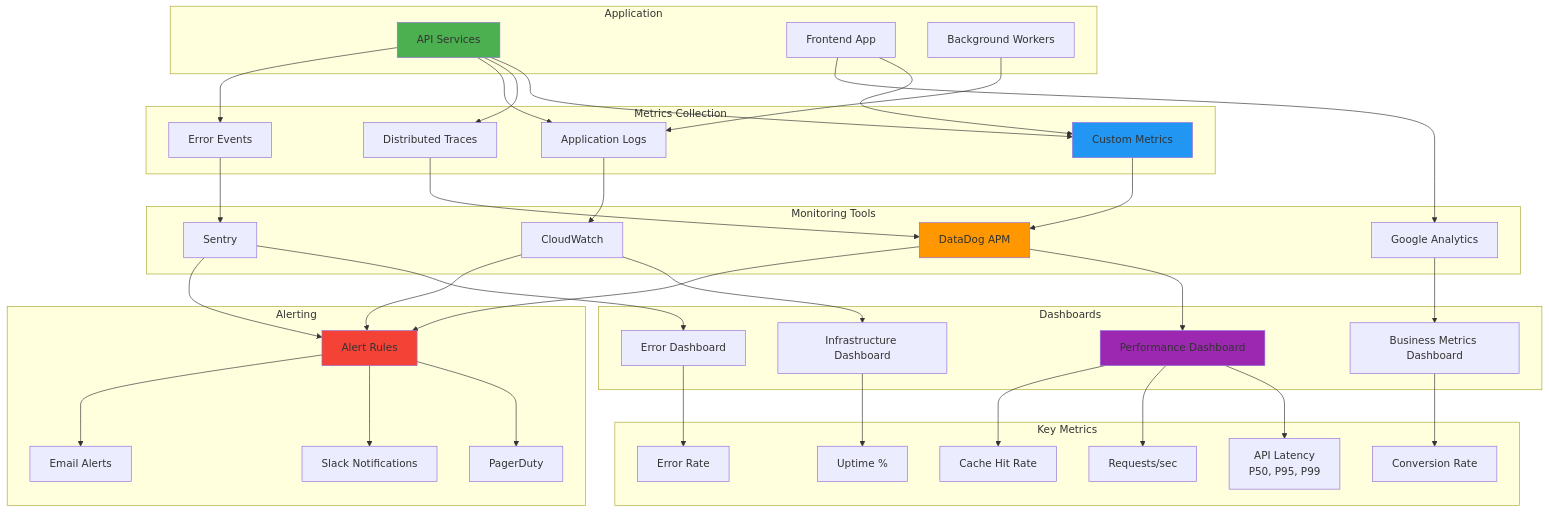
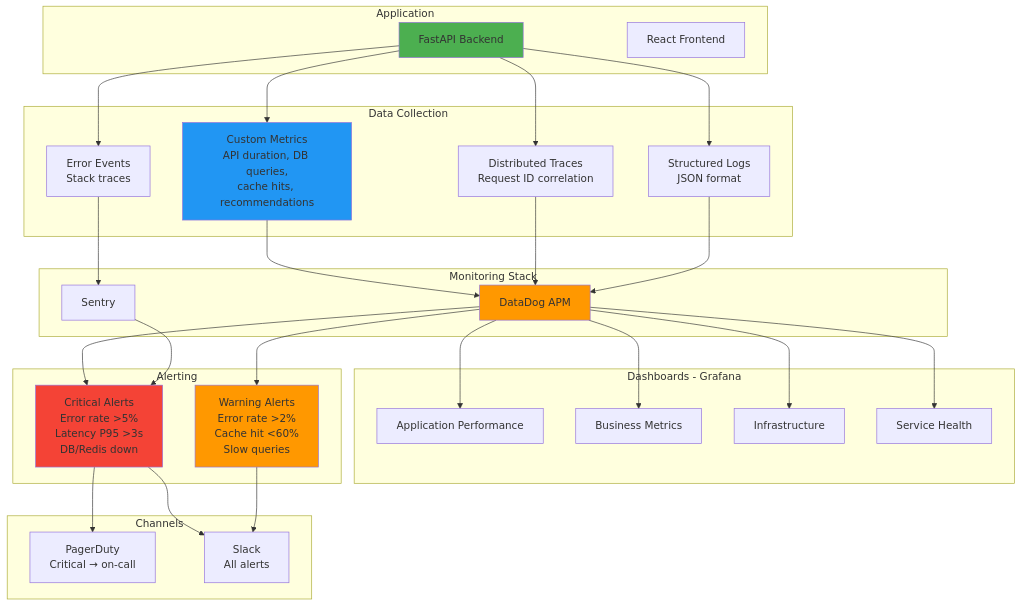
Before and after one commit to Rhoahndur/Treebeard: diagram 11 of 11 in architecture.md, drawn with Mermaid. The commit also changed other lines of this file, not shown here.

Commit message:
updated architecture doc

````diff
--- a/architecture.md
+++ b/architecture.md
@@ -708,84 +726,65 @@
 ```mermaid
 graph TB
     subgraph "Application"
-        API[API Services]
-        FRONTEND[Frontend App]
-        WORKERS[Background Workers]
+        API[FastAPI Backend]
+        FRONTEND[React Frontend]
     end
-    
-    subgraph "Metrics Collection"
-        METRICS[Custom Metrics]
-        TRACES[Distributed Traces]
-        LOGS[Application Logs]
-        ERRORS[Error Events]
+
+    subgraph "Data Collection"
+        METRICS[Custom Metrics<br/>API duration, DB queries,<br/>cache hits, recommendations]
+        TRACES[Distributed Traces<br/>Request ID correlation]
+        LOGS[Structured Logs<br/>JSON format]
+        ERRORS[Error Events<br/>Stack traces]
     end
-    
-    subgraph "Monitoring Tools"
+
+    subgraph "Monitoring Stack"
         APM[DataDog APM]
         SENTRY[Sentry]
-        CLOUDWATCH[CloudWatch]
-        ANALYTICS[Google Analytics]
     end
-    
-    subgraph "Dashboards"
-        PERF_DASH[Performance Dashboard]
-        BIZ_DASH[Business Metrics Dashboard]
-        ERROR_DASH[Error Dashboard]
-        INFRA_DASH[Infrastructure Dashboard]
+
+    subgraph "Dashboards - Grafana"
+        PERF_DASH[Application Performance]
+        BIZ_DASH[Business Metrics]
+        INFRA_DASH[Infrastructure]
+        HEALTH_DASH[Service Health]
     end
-    
+
     subgraph "Alerting"
-        ALERT_RULES[Alert Rules]
-        PAGERDUTY[PagerDuty]
-        SLACK[Slack Notifications]
-        EMAIL[Email Alerts]
+        CRITICAL[Critical Alerts<br/>Error rate >5%<br/>Latency P95 >3s<br/>DB/Redis down]
+        WARNING[Warning Alerts<br/>Error rate >2%<br/>Cache hit <60%<br/>Slow queries]
     end
-    
-    subgraph "Key Metrics"
-        LATENCY[API Latency<br/>P50, P95, P99]
-        THROUGHPUT[Requests/sec]
-        ERROR_RATE[Error Rate]
-        CONVERSION[Conversion Rate]
-        UPTIME[Uptime %]
-        CACHE_HIT[Cache Hit Rate]
+
+    subgraph "Channels"
+        PD[PagerDuty<br/>Critical → on-call]
+        SL[Slack<br/>All alerts]
     end
-    
+
     API --> METRICS
     API --> TRACES
     API --> LOGS
     API --> ERRORS
-    FRONTEND --> METRICS
-    WORKERS --> LOGS
-    
+
     METRICS --> APM
     TRACES --> APM
-    LOGS --> CLOUDWATCH
     ERRORS --> SENTRY
-    FRONTEND --> ANALYTICS
-    
+    LOGS --> APM
+
     APM --> PERF_DASH
-    ANALYTICS --> BIZ_DASH
-    SENTRY --> ERROR_DASH
-    CLOUDWATCH --> INFRA_DASH
-    
-    PERF_DASH --> LATENCY
-    PERF_DASH --> THROUGHPUT
-    BIZ_DASH --> CONVERSION
-    ERROR_DASH --> ERROR_RATE
-    INFRA_DASH --> UPTIME
-    PERF_DASH --> CACHE_HIT
-    
-    APM --> ALERT_RULES
-    SENTRY --> ALERT_RULES
-    CLOUDWATCH --> ALERT_RULES
-    
-    ALERT_RULES --> PAGERDUTY
-    ALERT_RULES --> SLACK
-    ALERT_RULES --> EMAIL
+    APM --> BIZ_DASH
+    APM --> INFRA_DASH
+    APM --> HEALTH_DASH
+
+    APM --> CRITICAL
+    SENTRY --> CRITICAL
+    APM --> WARNING
+
+    CRITICAL --> PD
+    CRITICAL --> SL
+    WARNING --> SL
 
     style API fill:#4caf50
     style METRICS fill:#2196f3
     style APM fill:#ff9800
-    style PERF_DASH fill:#9c27b0
-    style ALERT_RULES fill:#f44336
+    style CRITICAL fill:#f44336
+    style WARNING fill:#ff9800
 ```
````
